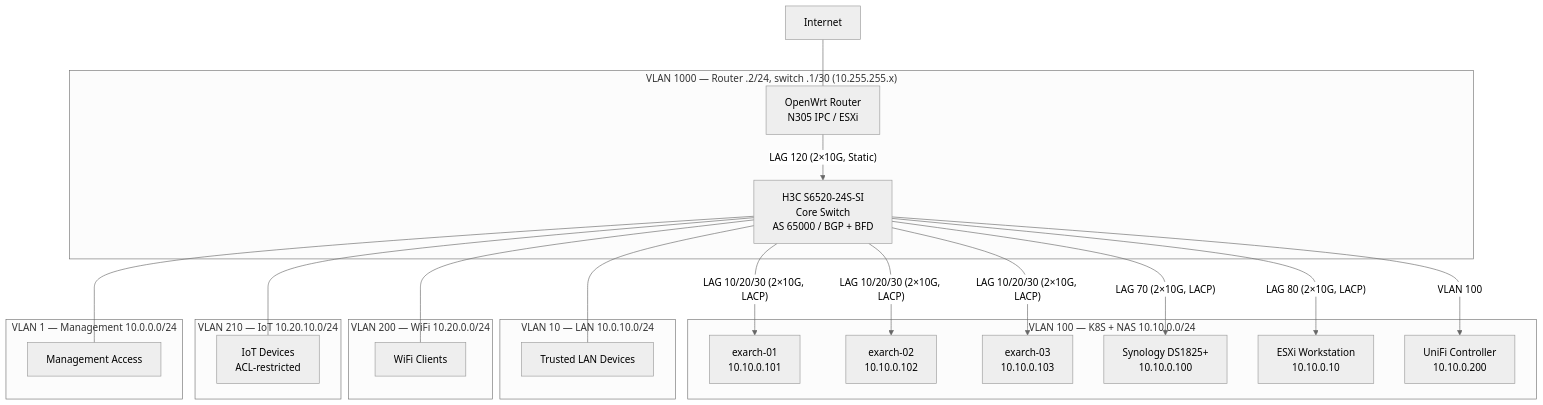
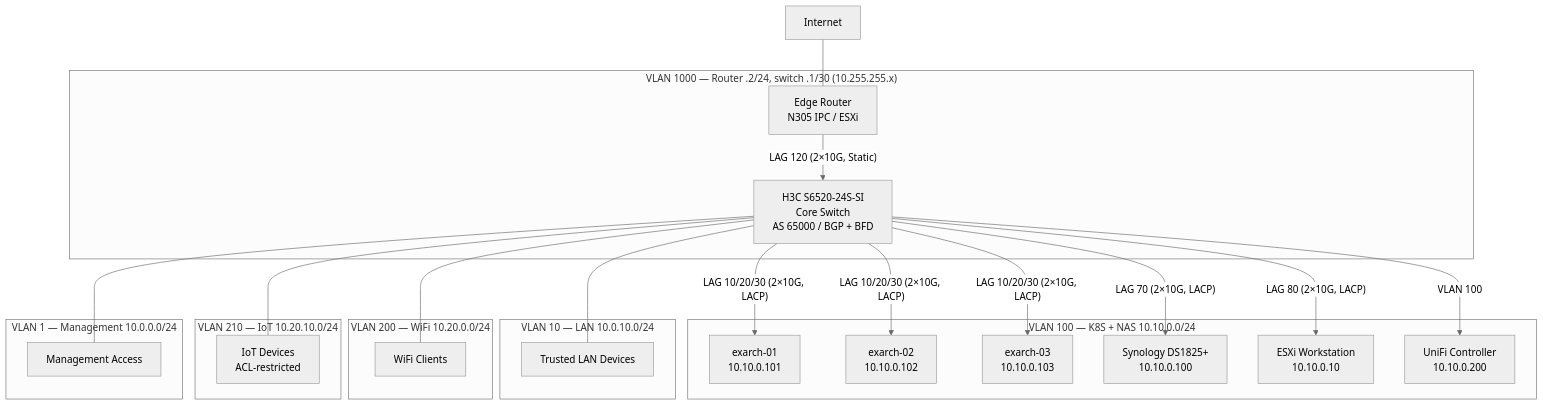
The diagram in docs/infrastructure/networking.md (soulwhisper/home-ops), drawn with Mermaid (neutral theme) before and after one commit. The commit also changed other lines of this file and 10 other files, not shown here.

````diff
--- a/docs/infrastructure/networking.md
+++ b/docs/infrastructure/networking.md
@@ -45,43 +45,43 @@
 ```mermaid
 graph TD
     INTERNET["Internet"]
-    ROUTER["OpenWrt Router<br/>N305 IPC / ESXi"]
+    ROUTER["Edge Router<br/>N305 IPC / ESXi"]
     SWITCH["H3C S6520-24S-SI<br/>Core Switch<br/>AS 65000 / BGP + BFD"]
     NODE1["exarch-01<br/>10.10.0.101"]
     NODE2["exarch-02<br/>10.10.0.102"]
     NODE3["exarch-03<br/>10.10.0.103"]
     NAS["Synology DS1825+<br/>10.10.0.100"]
     WS["ESXi Workstation<br/>10.10.0.10"]
     UNIFI["UniFi Controller<br/>10.10.0.200"]
 
     INTERNET --- ROUTER
 
     subgraph "VLAN 1000 — Router .2/24, switch .1/30 (10.255.255.x)"
         ROUTER -->|"LAG 120 (2×10G, Static)"| SWITCH
     end
 
     subgraph "VLAN 100 — K8S + NAS 10.10.0.0/24"
         SWITCH -->|"LAG 10/20/30 (2×10G, LACP)"| NODE1
         SWITCH -->|"LAG 10/20/30 (2×10G, LACP)"| NODE2
         SWITCH -->|"LAG 10/20/30 (2×10G, LACP)"| NODE3
         SWITCH -->|"LAG 70 (2×10G, LACP)"| NAS
         SWITCH -->|"LAG 80 (2×10G, LACP)"| WS
         SWITCH -->|"VLAN 100"| UNIFI
     end
 
     subgraph "VLAN 10 — LAN 10.0.10.0/24"
         SWITCH --- LAN["Trusted LAN Devices"]
     end
 
     subgraph "VLAN 200 — WiFi 10.20.0.0/24"
         SWITCH --- WIFI["WiFi Clients"]
     end
 
     subgraph "VLAN 210 — IoT 10.20.10.0/24"
         SWITCH --- IOT["IoT Devices<br/>ACL-restricted"]
     end
 
     subgraph "VLAN 1 — Management 10.0.0.0/24"
         SWITCH --- MGMT["Management Access"]
     end
 ```
````
